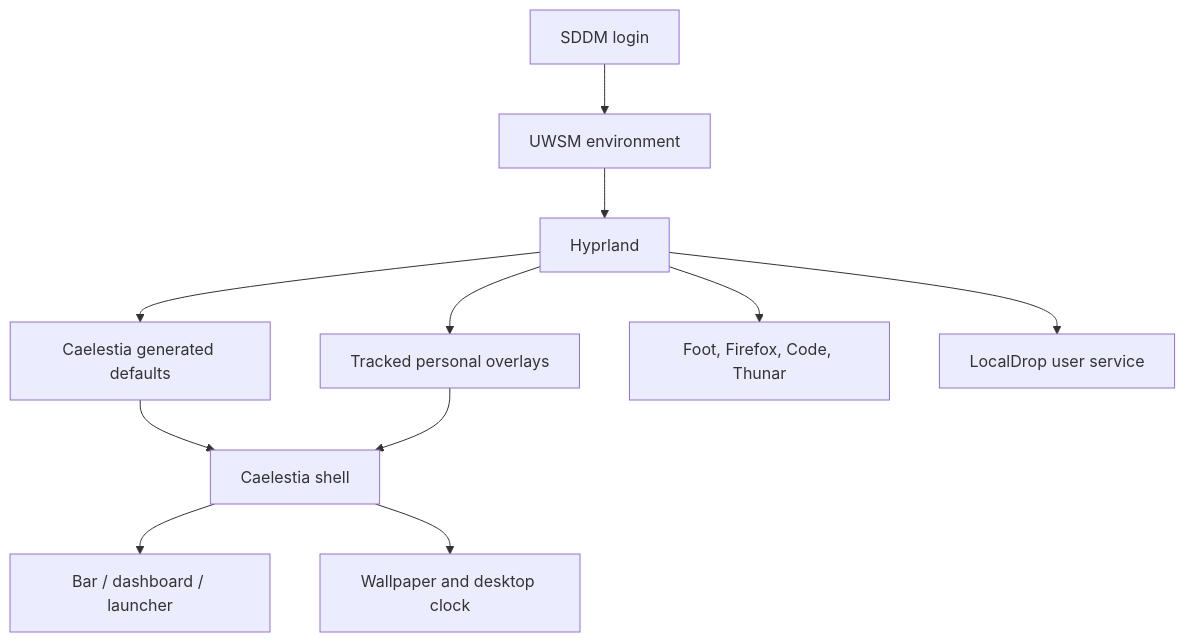
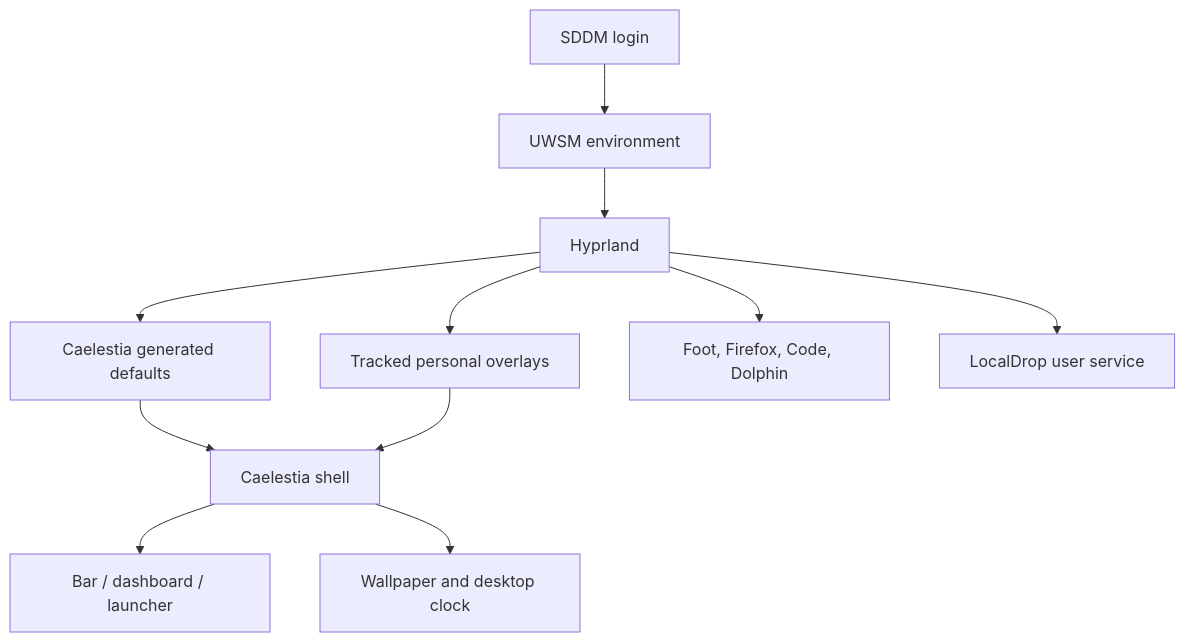
One commit to Manuel0516/zero-five-handbook changed the first of 2 diagrams in content/docs/laptop-msi/desktop.mdx. Above: the diagram before and after it, drawn with Mermaid. The commit also changed other lines of this file and 1 other file, not shown here.

````diff
--- a/content/docs/laptop-msi/desktop.mdx
+++ b/content/docs/laptop-msi/desktop.mdx
@@ -13,13 +13,13 @@
 ```mermaid
 flowchart TD
     sddm["SDDM login"] --> uwsm["UWSM environment"]
     uwsm --> hypr["Hyprland"]
     hypr --> generated["Caelestia generated defaults"]
     hypr --> personal["Tracked personal overlays"]
     generated --> shell["Caelestia shell"]
     personal --> shell
     shell --> bar["Bar / dashboard / launcher"]
     shell --> wallpaper["Wallpaper and desktop clock"]
-    hypr --> apps["Foot, Firefox, Code, Thunar"]
+    hypr --> apps["Foot, Firefox, Code, Dolphin"]
     hypr --> localdrop["LocalDrop user service"]
 ```
````
